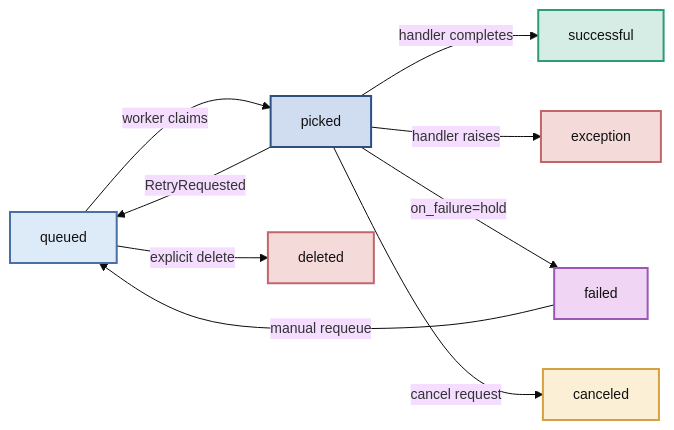
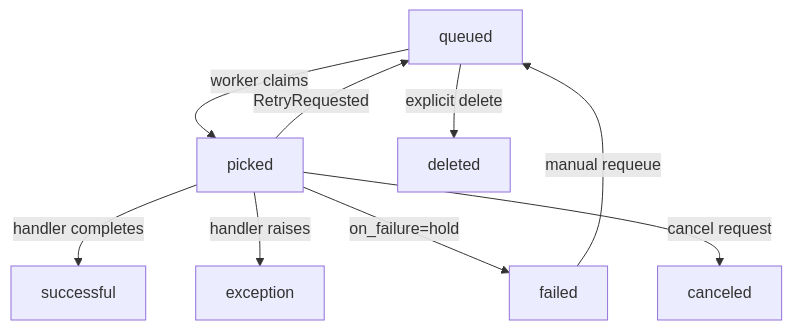
Before and after one commit to janbjorge/pgqueuer: the diagram in docs/getting-started/core-concepts.md, drawn with Mermaid. The commit also changed 4 other files, not shown here.

First line of the commit message:
fix: make Mermaid diagrams readable in both light and dark mode

````diff
--- a/docs/getting-started/core-concepts.md
+++ b/docs/getting-started/core-concepts.md
@@ -76,34 +76,12 @@
 ```mermaid
-%%{init: {'theme': 'base', 'themeVariables': {'fontSize': '14px', 'fontFamily': 'Inter, sans-serif'}}}%%
-flowchart LR
-    Queued[queued]
-    Picked[picked]
-    Success[successful]
-    Exception[exception]
-    Failed[failed]
-    Canceled[canceled]
-    Deleted[deleted]
+flowchart TD
+    Queued[queued] -->|worker claims| Picked[picked]
+    Queued -->|explicit delete| Deleted[deleted]
 
-    Queued -->|worker claims| Picked
-    Queued -->|explicit delete| Deleted
-    Picked -->|handler completes| Success
-    Picked -->|handler raises| Exception
-    Picked -->|on_failure=hold| Failed
-    Picked -->|cancel request| Canceled
+    Picked -->|handler completes| Success[successful]
+    Picked -->|handler raises| Exception[exception]
+    Picked -->|"on_failure=hold"| Failed[failed]
+    Picked -->|cancel request| Canceled[canceled]
     Picked -->|RetryRequested| Queued
     Failed -->|manual requeue| Queued
-
-    classDef queued   fill:#DDEAF7,stroke:#4A6FA5,stroke-width:2px,color:#111
-    classDef picked   fill:#D0DCF0,stroke:#2E5080,stroke-width:2px,color:#111
-    classDef success  fill:#D5EDE5,stroke:#2D9D78,stroke-width:2px,color:#111
-    classDef error    fill:#F5DADA,stroke:#C1666B,stroke-width:2px,color:#111
-    classDef canceled fill:#FBF0D5,stroke:#D4A240,stroke-width:2px,color:#111
-    classDef failed   fill:#F0D5F5,stroke:#9B59B6,stroke-width:2px,color:#111
-
-    class Queued queued
-    class Picked picked
-    class Success success
-    class Exception,Deleted error
-    class Failed failed
-    class Canceled canceled
 ```
````
